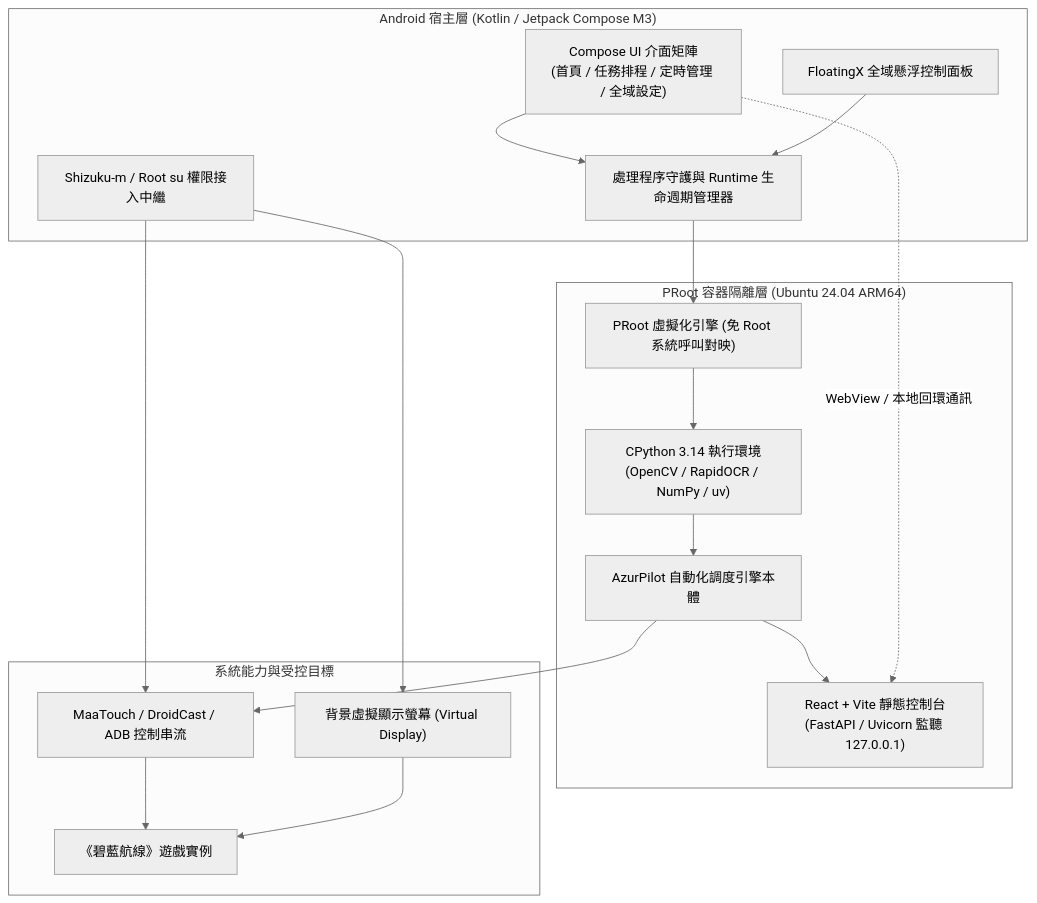
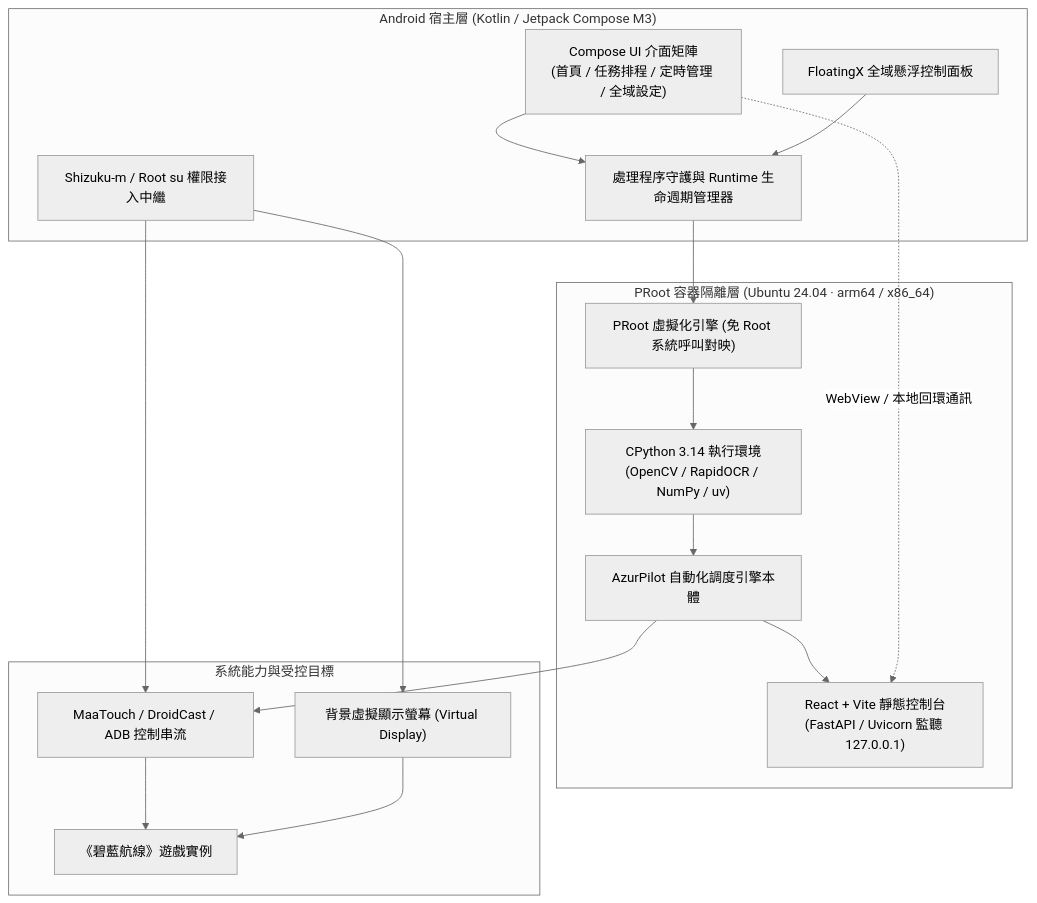
The diagram in README_zh-TW.md (wess09/ALAS-AOS), drawn with Mermaid (neutral theme) before and after one commit. The commit also changed other lines of this file and 60 other files, not shown here.

````diff
--- a/README_zh-TW.md
+++ b/README_zh-TW.md
@@ -305,35 +306,35 @@
 ```mermaid
 graph TD
     subgraph AndroidHost ["Android 宿主層 (Kotlin / Jetpack Compose M3)"]
         UI["Compose UI 介面矩陣\n(首頁 / 任務排程 / 定時管理 / 全域設定)"]
         Overlay["FloatingX 全域懸浮控制面板"]
         Lifecycle["處理程序守護與 Runtime 生命週期管理器"]
         Bridge["Shizuku-m / Root su 權限接入中繼"]
     end
 
-    subgraph Container ["PRoot 容器隔離層 (Ubuntu 24.04 ARM64)"]
+    subgraph Container ["PRoot 容器隔離層 (Ubuntu 24.04 · arm64 / x86_64)"]
         PROOT["PRoot 虛擬化引擎 (免 Root 系統呼叫對映)"]
         ENV["CPython 3.14 執行環境\n(OpenCV / RapidOCR / NumPy / uv)"]
         CORE["AzurPilot 自動化調度引擎本體"]
         WEB["React + Vite 靜態控制台\n(FastAPI / Uvicorn 監聽 127.0.0.1)"]
     end
 
     subgraph DeviceTarget ["系統能力與受控目標"]
         VDisplay["背景虛擬顯示螢幕 (Virtual Display)"]
         InputService["MaaTouch / DroidCast / ADB 控制串流"]
         GameApp["《碧藍航線》遊戲實例"]
     end
 
     UI --> Lifecycle
     Overlay --> Lifecycle
     Lifecycle --> PROOT
     PROOT --> ENV
     ENV --> CORE
     CORE --> WEB
     UI -. "WebView / 本地回環通訊" .-> WEB
     Bridge --> InputService
     Bridge --> VDisplay
     InputService --> GameApp
     VDisplay --> GameApp
     CORE --> InputService
 ```
````
